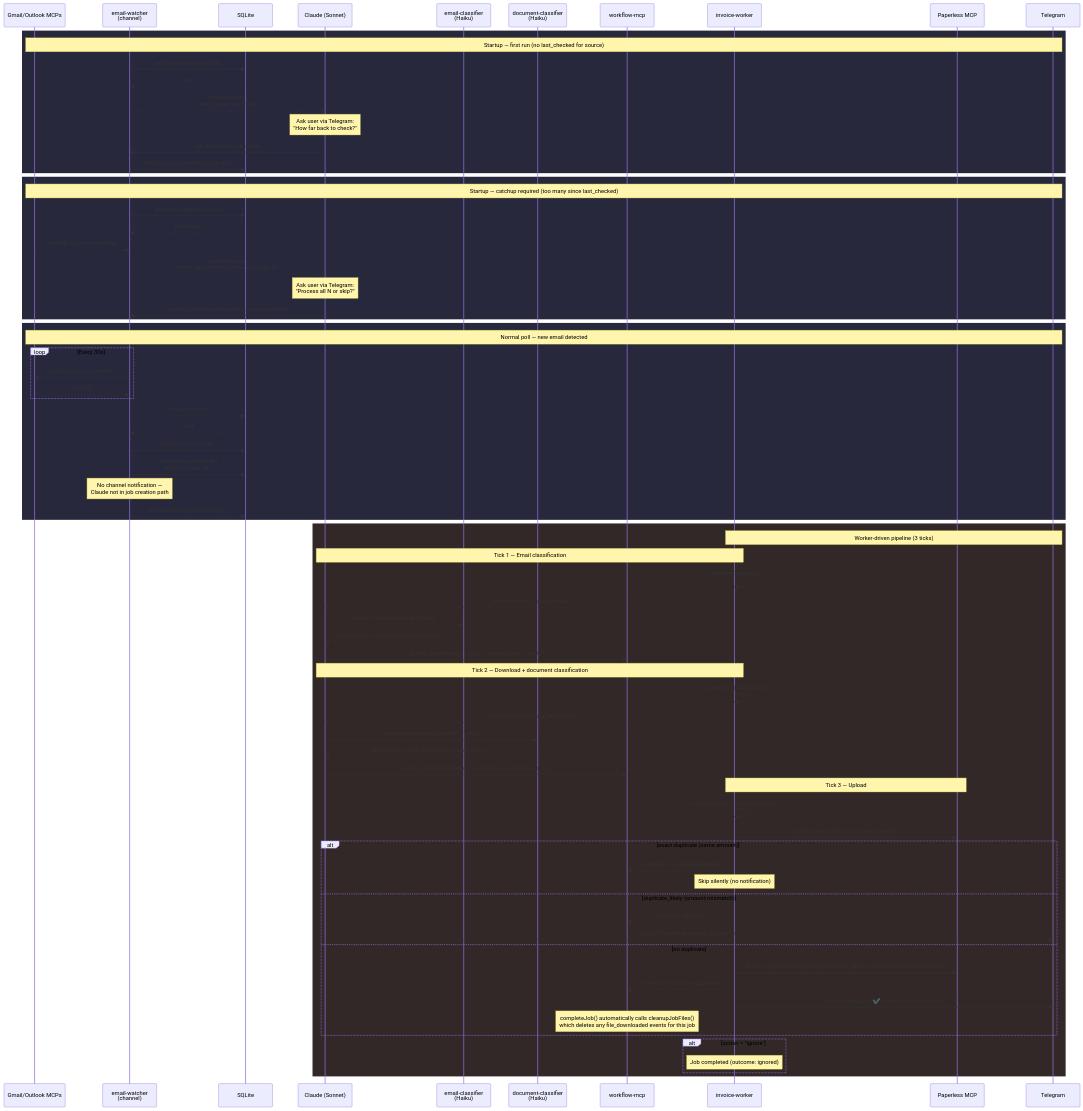
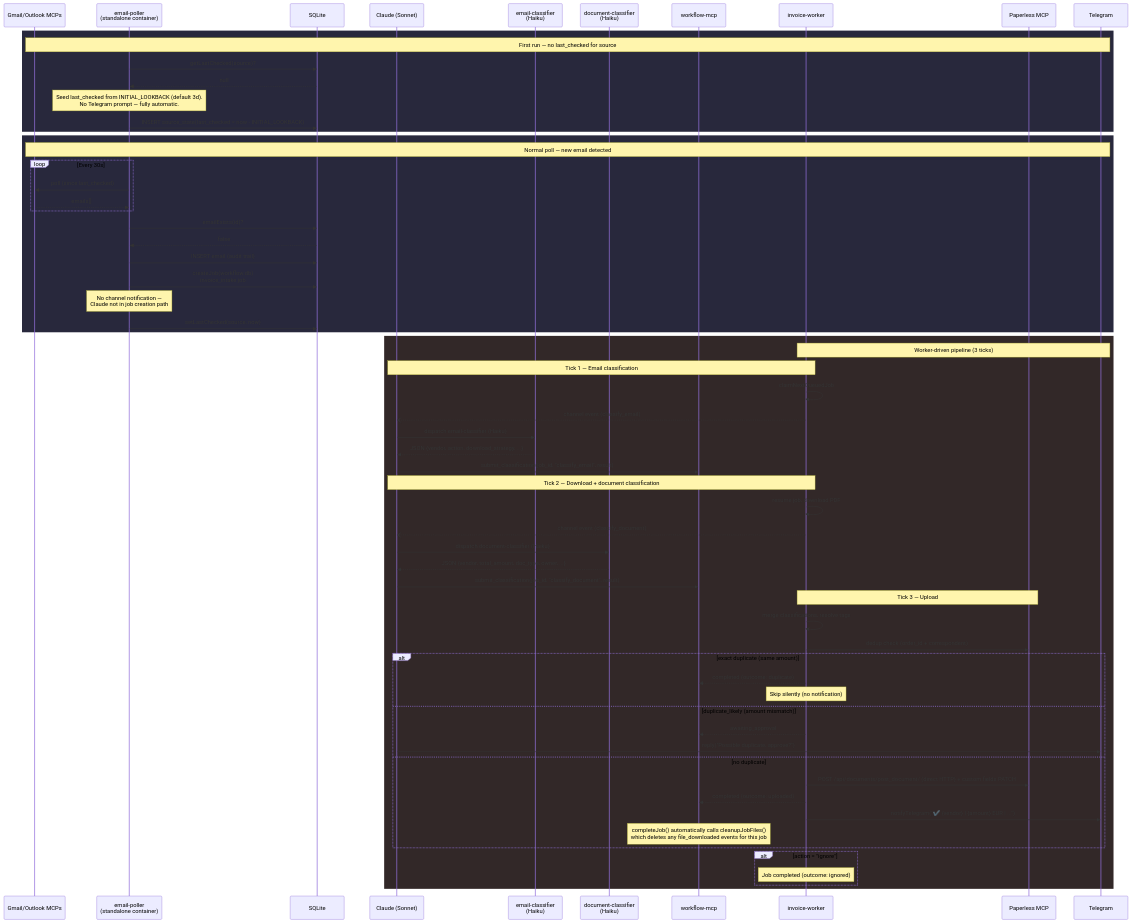
The second of 7 diagrams in docs/uc1-invoice-processing.md (mcsdodo/personal-assistant), drawn with Mermaid before and after one commit. The commit also changed other lines of this file and 6 other files, not shown here.

First line of the commit message:
docs(personal-assistant): document poller split + INITIAL_LOOKBACK + catchup-overflow

````diff
--- a/docs/uc1-invoice-processing.md
+++ b/docs/uc1-invoice-processing.md
@@ -35,7 +45,7 @@
 ```mermaid
 sequenceDiagram
     participant G as Gmail/Outlook MCPs
-    participant EW as email-watcher<br/>(channel)
+    participant EP as email-poller<br/>(standalone container)
     participant DB as SQLite
     participant C as Claude (Sonnet)
     participant CL as email-classifier<br/>(Haiku)
@@ -46,37 +56,25 @@
     participant TG as Telegram
 
     rect rgb(40, 40, 60)
-    note over G,TG: Startup — first run (no last_checked for source)
-    EW->>DB: getLastChecked(source)?
-    DB-->>EW: null
-    EW--)C: channel event<br/>(event_type: first_start)
-    note over C: Ask user via Telegram:<br/>"How far back to check?"
-    C->>EW: init_source(source, since)
-    EW->>DB: INSERT source_state(last_checked)
-    end
-
-    rect rgb(40, 40, 60)
-    note over G,TG: Startup — catchup required (too many since last_checked)
-    EW->>DB: getLastChecked(source)?
-    DB-->>EW: timestamp
-    G-->>EW: emails[] (count > threshold)
-    EW--)C: channel event<br/>(event_type: catchup_required, count: N)
-    note over C: Ask user via Telegram:<br/>"Process all N or skip?"
-    C->>EW: approve_catchup(source) | skip_catchup(source)
+    note over G,TG: First run — no last_checked for source
+    EP->>DB: getLastChecked(source)?
+    DB-->>EP: null
+    note over EP: Seed last_checked from INITIAL_LOOKBACK (default 3d).<br/>No Telegram prompt — fully automatic.
+    EP->>DB: INSERT source_state(last_checked = now - INITIAL_LOOKBACK)
     end
 
     rect rgb(40, 40, 60)
     note over G,TG: Normal poll — new email detected
     loop Every 30s
-        EW->>G: poll (since last_checked)
-        G-->>EW: emails[]
+        EP->>G: poll (since last_checked)
+        G-->>EP: emails[]
     end
-    EW->>DB: emailExists(id)?
-    DB-->>EW: false
-    EW->>DB: INSERT status="new"
-    EW->>DB: createJob(workflow.db)<br/>invoice_intake job
-    note over EW: No channel notification —<br/>Claude not in job creation path
-    EW->>DB: setLastChecked(source, now)
+    EP->>DB: emailExists(id)?
+    DB-->>EP: false
+    EP->>DB: INSERT email (audit trail)
+    EP->>DB: createJob(workflow.db)<br/>invoice_intake job
+    note over EP: No channel notification —<br/>Claude not in job creation path
+    EP->>DB: setLastChecked(source, now)
     end
 
     rect rgb(50, 40, 40)
````
